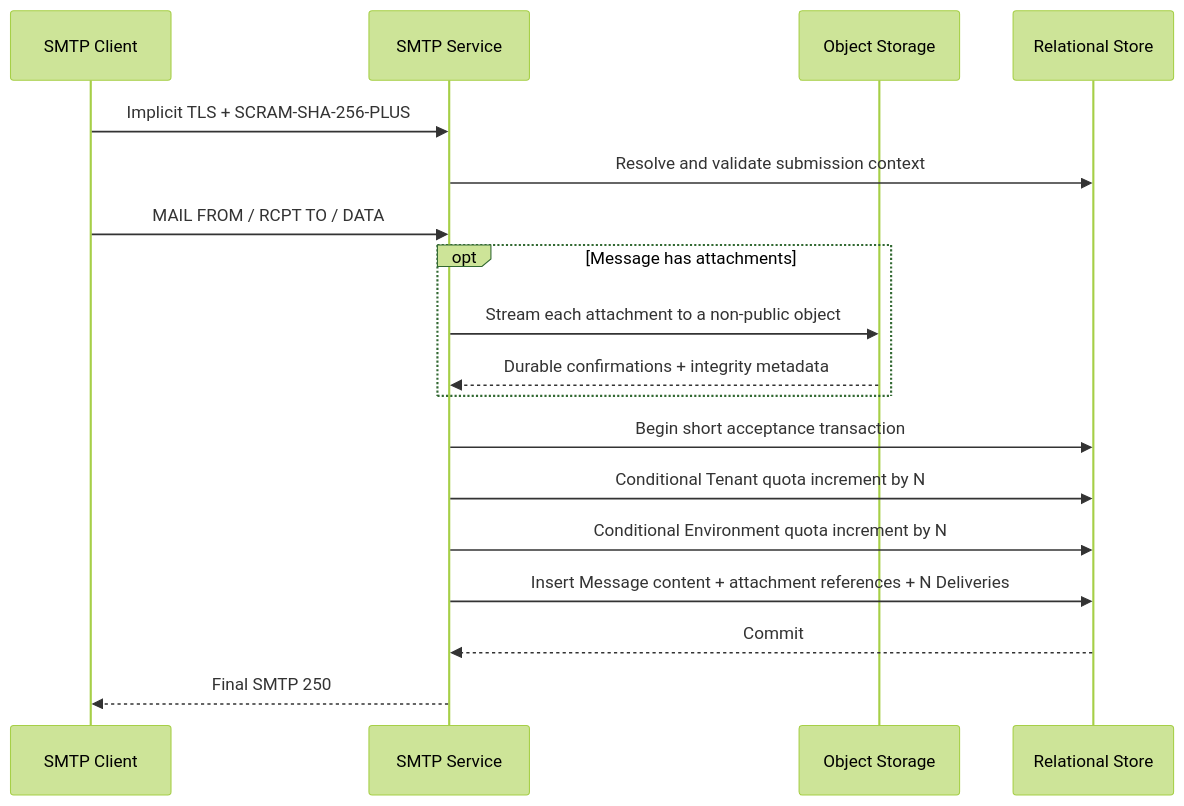
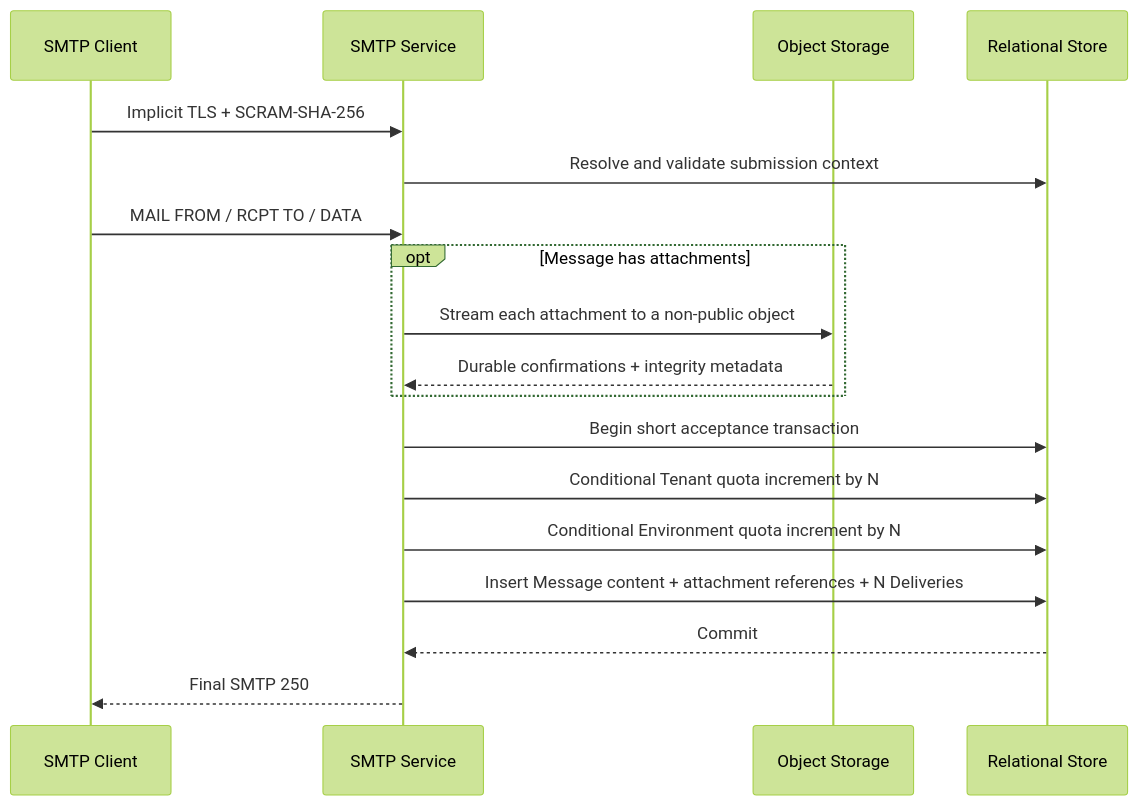
Before and after one commit to viiag7/ProjectVelaris: the second of 2 diagrams in docs/architecture/smtp-submission.md, drawn with Mermaid (forest theme). The commit also changed other lines of this file and 9 other files, not shown here.

````diff
--- a/docs/architecture/smtp-submission.md
+++ b/docs/architecture/smtp-submission.md
@@ -31,21 +31,21 @@
 ```mermaid
 sequenceDiagram
     participant C as SMTP Client
     participant S as SMTP Service
     participant O as Object Storage
     participant D as Relational Store
 
-    C->>S: Implicit TLS + SCRAM-SHA-256-PLUS
+    C->>S: Implicit TLS + SCRAM-SHA-256
     S->>D: Resolve and validate submission context
     C->>S: MAIL FROM / RCPT TO / DATA
     opt Message has attachments
         S->>O: Stream each attachment to a non-public object
         O-->>S: Durable confirmations + integrity metadata
     end
     S->>D: Begin short acceptance transaction
     S->>D: Conditional Tenant quota increment by N
     S->>D: Conditional Environment quota increment by N
     S->>D: Insert Message content + attachment references + N Deliveries
     D-->>S: Commit
     S-->>C: Final SMTP 250
 ```
````
